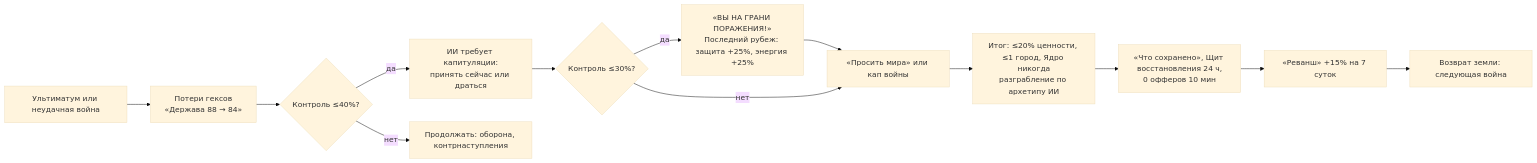
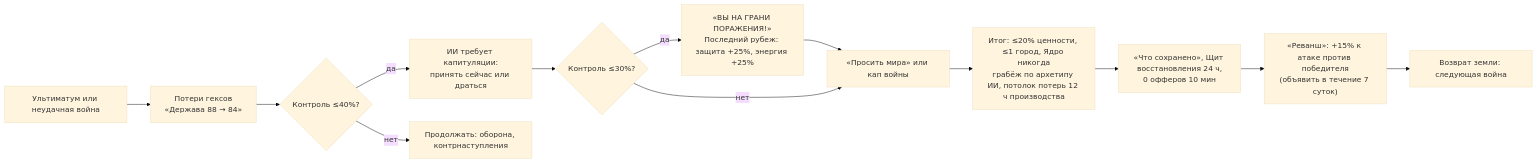
Before and after one commit to kaboomenko/Raivon: the tenth of 10 diagrams in docs/gdd/01_vision_core_loop.md, drawn with Mermaid (base theme). The commit also changed other lines of this file and 12 other files, not shown here.

````diff
--- a/docs/gdd/01_vision_core_loop.md
+++ b/docs/gdd/01_vision_core_loop.md
@@ -827,15 +850,15 @@
 ```mermaid
 flowchart LR
     A["Ультиматум или неудачная война"] --> B["Потери гексов<br/>«Держава 88 → 84»"]
     B --> C{"Контроль ≤40%?"}
     C -->|"да"| D["ИИ требует капитуляции:<br/>принять сейчас или драться"]
     C -->|"нет"| B2["Продолжать: оборона, контрнаступления"]
     D --> E{"Контроль ≤30%?"}
     E -->|"да"| F["«ВЫ НА ГРАНИ ПОРАЖЕНИЯ!»<br/>Последний рубеж: защита +25%, энергия +25%"]
     F --> G["«Просить мира» или кап войны"]
     E -->|"нет"| G
-    G --> H["Итог: ≤20% ценности, ≤1 город, Ядро никогда<br/>разграбление по архетипу ИИ"]
+    G --> H["Итог: ≤20% ценности, ≤1 город, Ядро никогда<br/>грабёж по архетипу ИИ, потолок потерь 12 ч производства"]
     H --> I["«Что сохранено», Щит восстановления 24 ч,<br/>0 офферов 10 мин"]
-    I --> J["«Реванш» +15% на 7 суток"]
+    I --> J["«Реванш»: +15% к атаке против победителя<br/>(объявить в течение 7 суток)"]
     J --> K["Возврат земли: следующая война"]
 ```
````
